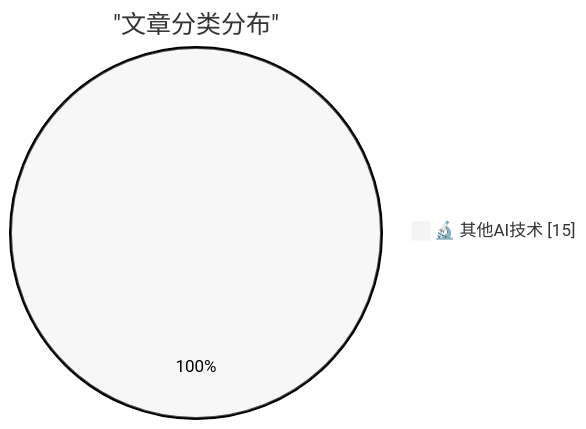
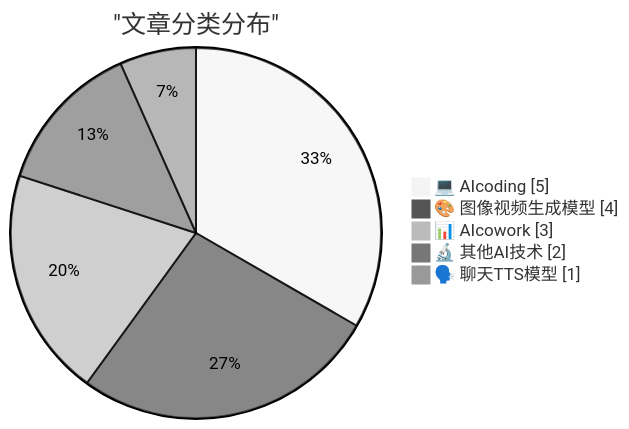
The first of 2 diagrams in digests/digest-20260302.md (MirrMeur/ai-daily-digest), drawn with Mermaid (neutral theme) before and after one commit. The commit also changed other lines of this file, not shown here.

````diff
--- a/digests/digest-20260302.md
+++ b/digests/digest-20260302.md
@@ -47,5 +73,9 @@
 ```mermaid
 pie showData
     title "文章分类分布"
-    "🔬 其他AI技术" : 15
+    "💻 AIcoding" : 5
+    "🎨 图像视频生成模型" : 4
+    "📊 AIcowork" : 3
+    "🔬 其他AI技术" : 2
+    "🗣️ 聊天TTS模型" : 1
 ```
````
